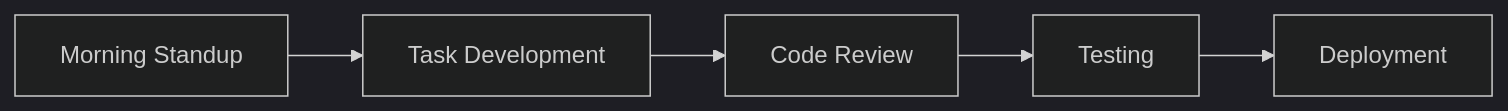
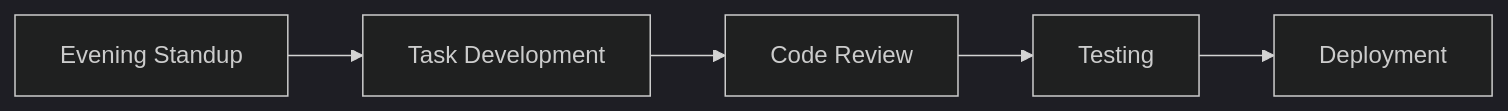
The diagram in README.md (criticslikerain/ipt2025-Auth-System), drawn with Mermaid (dark theme) before and after one commit.

````diff
--- a/README.md
+++ b/README.md
@@ -127,7 +127,7 @@
 ```mermaid
 graph LR
-    A[Morning Standup] --> B[Task Development]
+    A[Evening Standup] --> B[Task Development]
     B --> C[Code Review]
     C --> D[Testing]
     D --> E[Deployment]
 ```
````
